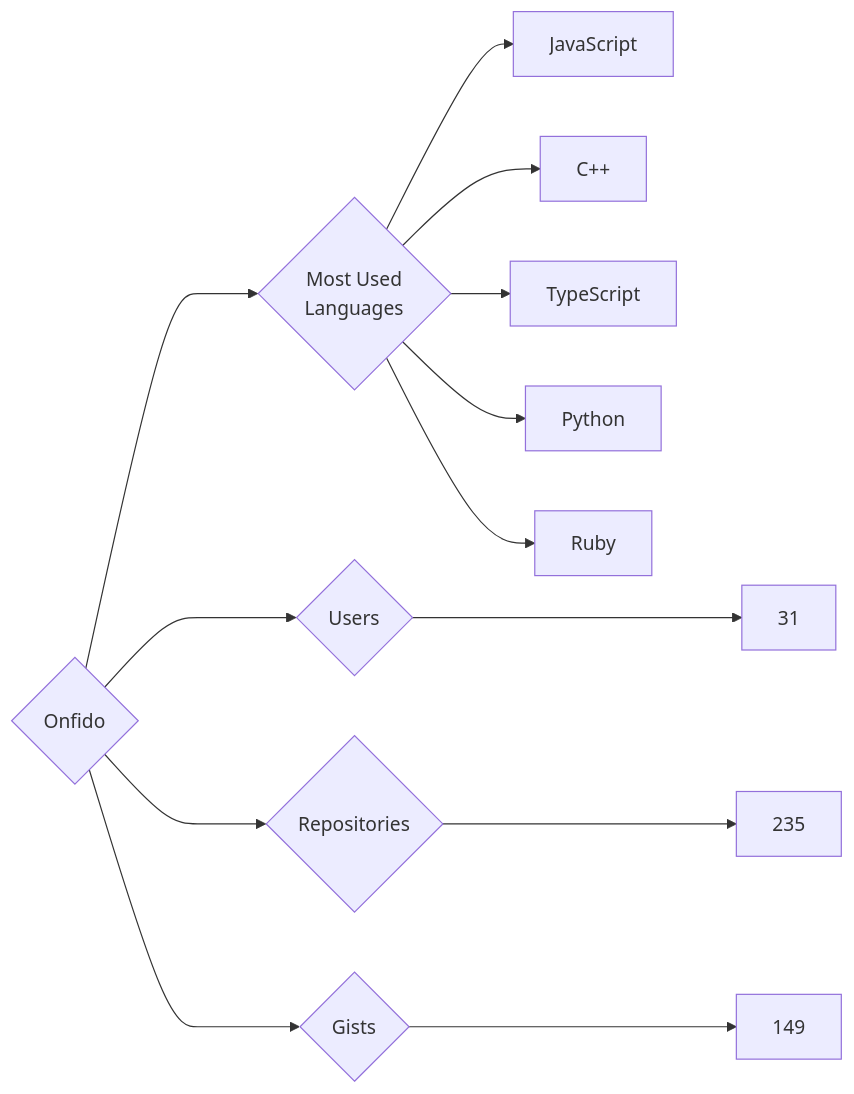
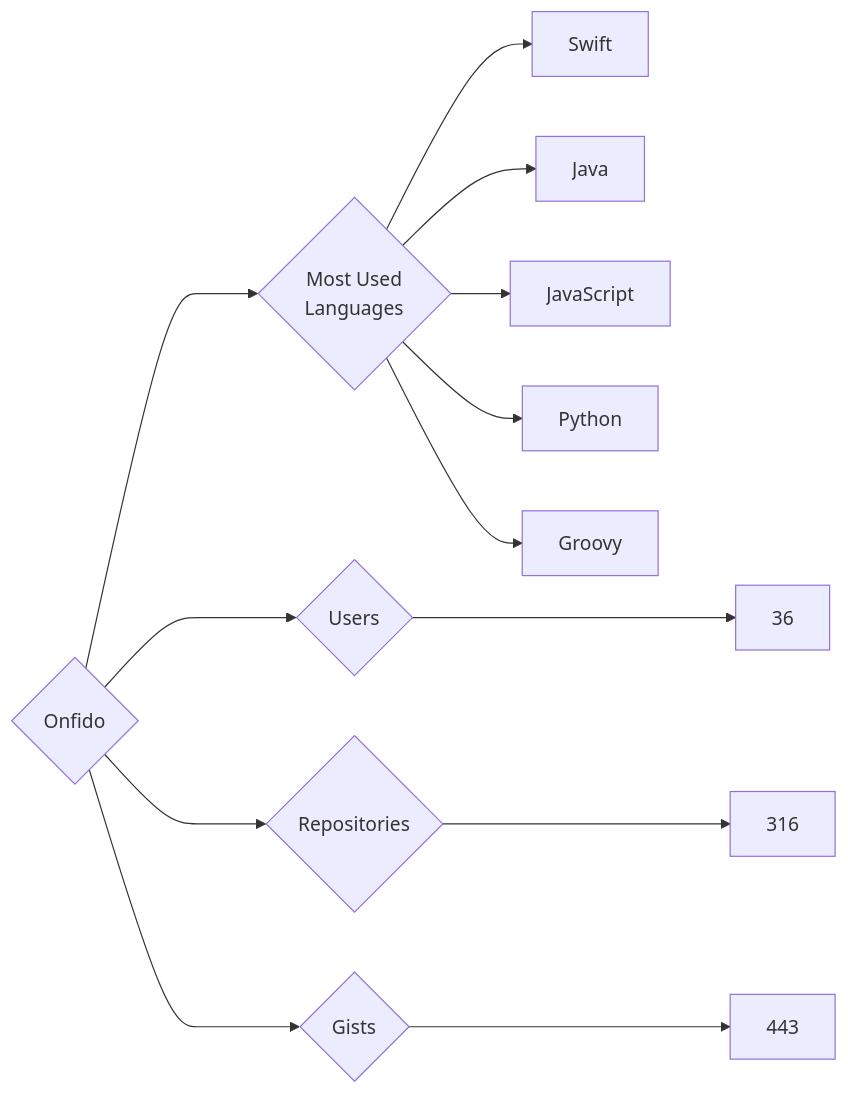
The diagram in targets/Onfido/README.md (trickest/insiders), drawn with Mermaid before and after one commit. The commit also changed 1011 other files, not shown here.

````diff
--- a/targets/Onfido/README.md
+++ b/targets/Onfido/README.md
@@ -3,13 +3,13 @@
 ```mermaid
 graph LR
 COMPANY_NAME{Onfido}
-COMPANY_NAME ---> U{Users} ---> UN[31]
-COMPANY_NAME ---> R{Repositories} ---> RN[235]
-COMPANY_NAME ---> G{Gists} ---> GN[149]
+COMPANY_NAME ---> U{Users} ---> UN[36]
+COMPANY_NAME ---> R{Repositories} ---> RN[316]
+COMPANY_NAME ---> G{Gists} ---> GN[443]
 COMPANY_NAME ---> ML{Most Used<br>Languages}
+ML --> Swift[Swift]
+ML --> Java[Java]
 ML --> JavaScript[JavaScript]
-ML --> C++[C++]
-ML --> TypeScript[TypeScript]
 ML --> Python[Python]
-ML --> Ruby[Ruby]
+ML --> Groovy[Groovy]
 ```
````
